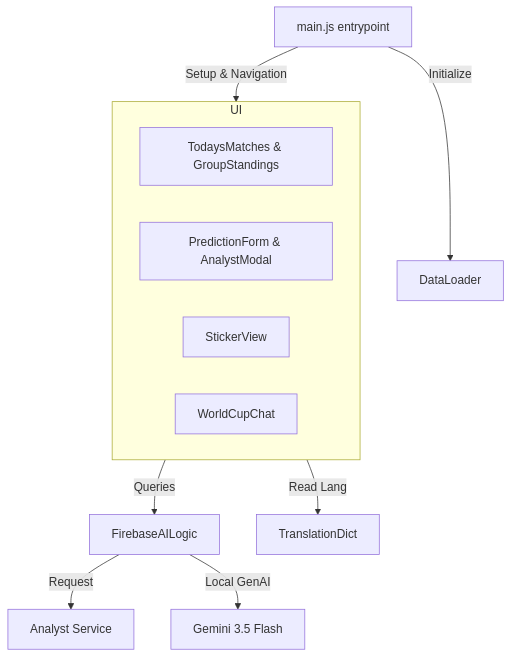
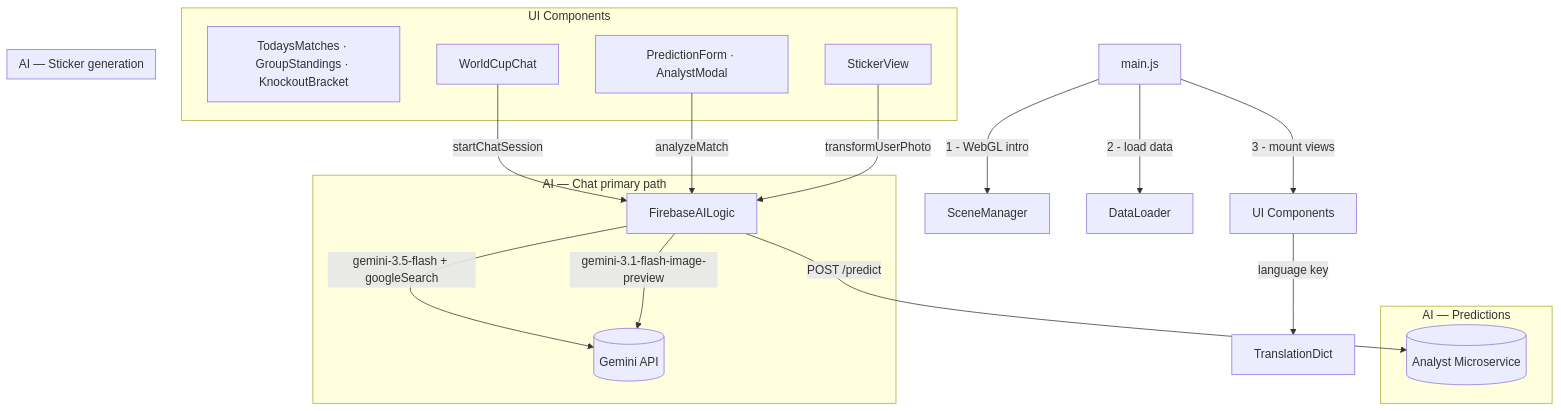
One commit to jggomez/world-cup-2026-devhack-ai changed the diagram in src/README.md. Above: the diagram before and after it, drawn with Mermaid. The commit also changed other lines of this file and 14 other files, not shown here.

Commit message:
feat(ai-hub): optimize sticker prompt face/jersey, prediction agents temp, improve mobile UI popups and chat discoverability, upgrade 3d soccer intro

````diff
--- a/src/README.md
+++ b/src/README.md
@@ -11,18 +11,30 @@
 ```mermaid
 graph TD
-    Main[main.js entrypoint] -->|Setup & Navigation| UI[UI Components]
-    Main -->|Initialize| Data[DataLoader]
-    
-    subgraph UI
-        Tab1[TodaysMatches & GroupStandings]
-        Tab2[PredictionForm & AnalystModal]
-        Tab3[StickerView]
-        Tab4[WorldCupChat]
+    Main[main.js] -->|1 - WebGL intro| SceneManager[SceneManager]
+    Main -->|2 - load data| DataLoader[DataLoader]
+    Main -->|3 - mount views| UI[UI Components]
+
+    subgraph "UI Components"
+        Tab1["TodaysMatches · GroupStandings · KnockoutBracket"]
+        Tab2["PredictionForm · AnalystModal"]
+        Tab3["StickerView"]
+        Tab4["WorldCupChat"]
     end
-    
-    UI -->|Queries| AI[FirebaseAILogic]
-    UI -->|Read Lang| Dict[TranslationDict]
-    
-    AI -->|Request| Microservice[Analyst Service]
-    AI -->|Local GenAI| Gemini[Gemini 3.5 Flash]
+
+    UI -->|language key| TranslationDict[TranslationDict]
+
+    subgraph "AI — Chat primary path"
+        Tab4 -->|startChatSession| FirebaseAI[FirebaseAILogic]
+        FirebaseAI -->|gemini-3.5-flash + googleSearch| GeminiAPI[(Gemini API)]
+    end
+
+    subgraph "AI — Predictions"
+        Tab2 -->|analyzeMatch| FirebaseAI
+        FirebaseAI -->|POST /predict| AnalystService[(Analyst Microservice)]
+    end
+
+    subgraph "AI — Sticker generation"
+        Tab3 -->|transformUserPhoto| FirebaseAI
+        FirebaseAI -->|gemini-3.1-flash-image-preview| GeminiAPI
+    end
 ```
````
